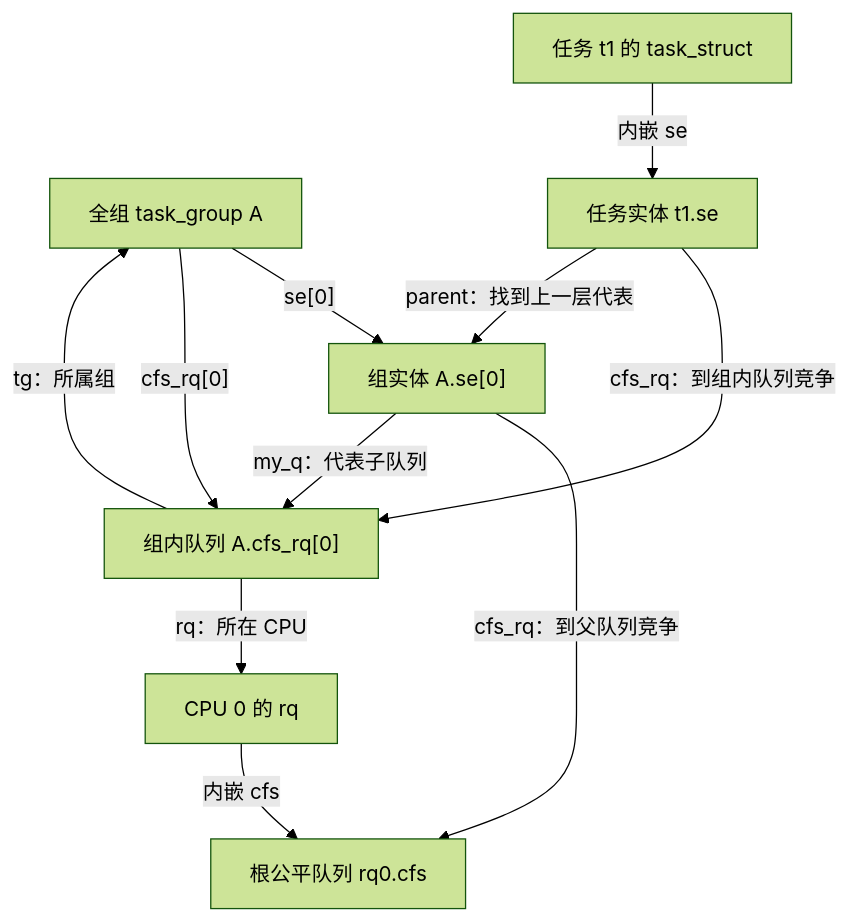
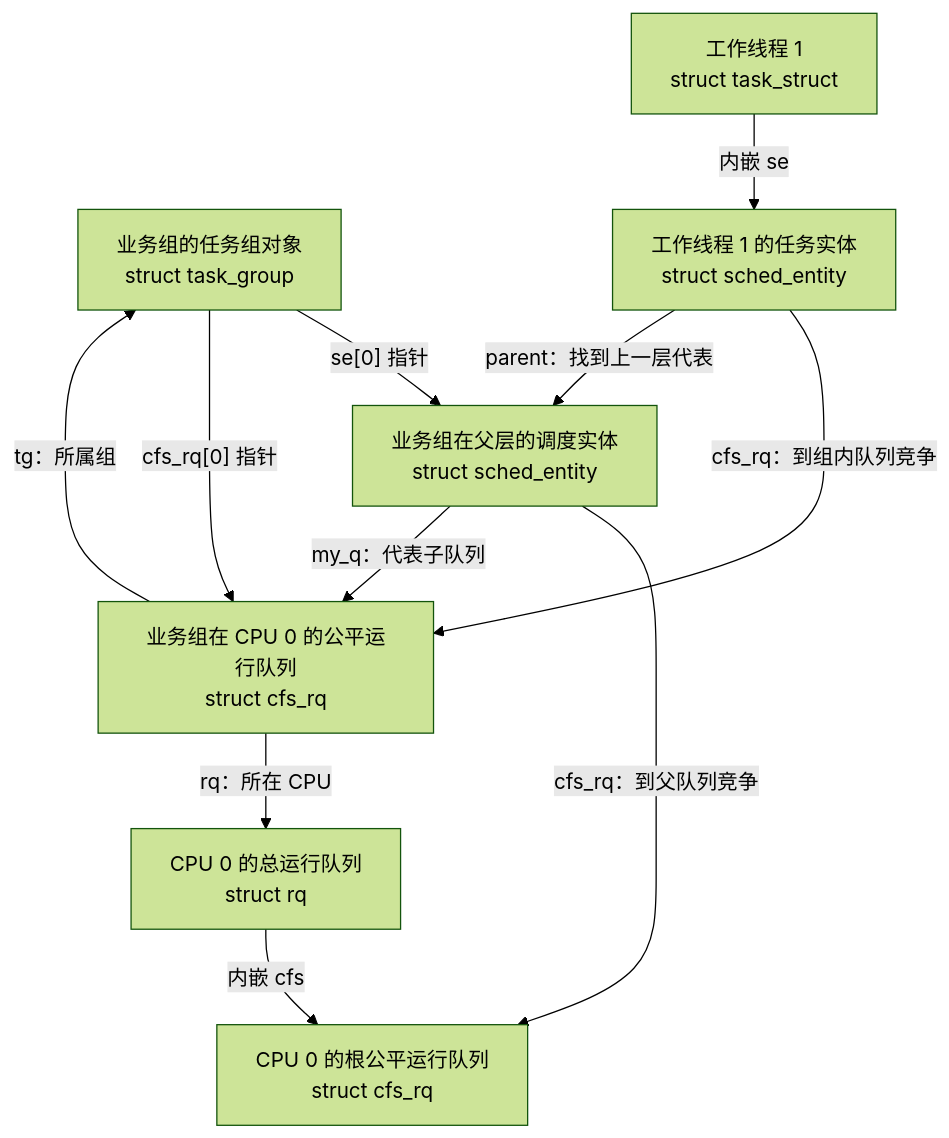
One commit to linuxperf/linux-study changed the sixth of 17 diagrams in interview/sched/cgroup2.md. Above: the diagram before and after it, drawn with Mermaid (forest theme). The commit also changed other lines of this file and 3 other files, not shown here.

````diff
--- a/interview/sched/cgroup2.md
+++ b/interview/sched/cgroup2.md
@@ -428,13 +430,13 @@
 ```mermaid
 flowchart TD
-    TG["全组 task_group A"] -->|"se[0]"| ASE["组实体 A.se[0]"]
-    TG -->|"cfs_rq[0]"| AQ["组内队列 A.cfs_rq[0]"]
-    RQ["CPU 0 的 rq"] -->|"内嵌 cfs"| ROOT["根公平队列 rq0.cfs"]
+    TG["业务组的任务组对象<br/>struct task_group"] -->|"se[0] 指针"| ASE["业务组在父层的调度实体<br/>struct sched_entity"]
+    TG -->|"cfs_rq[0] 指针"| AQ["业务组在 CPU 0 的公平运行队列<br/>struct cfs_rq"]
+    RQ["CPU 0 的总运行队列<br/>struct rq"] -->|"内嵌 cfs"| ROOT["CPU 0 的根公平运行队列<br/>struct cfs_rq"]
     ASE -->|"cfs_rq：到父队列竞争"| ROOT
     ASE -->|"my_q：代表子队列"| AQ
-    TASK["任务 t1 的 task_struct"] -->|"内嵌 se"| TSE["任务实体 t1.se"]
+    TASK["工作线程 1<br/>struct task_struct"] -->|"内嵌 se"| TSE["工作线程 1 的任务实体<br/>struct sched_entity"]
     TSE -->|"cfs_rq：到组内队列竞争"| AQ
     TSE -->|"parent：找到上一层代表"| ASE
     AQ -->|"tg：所属组"| TG
     AQ -->|"rq：所在 CPU"| RQ
 ```
````
